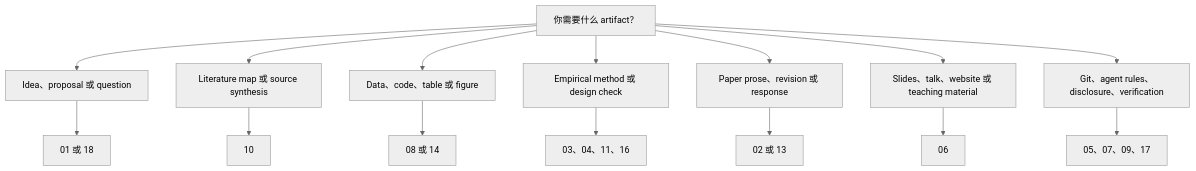
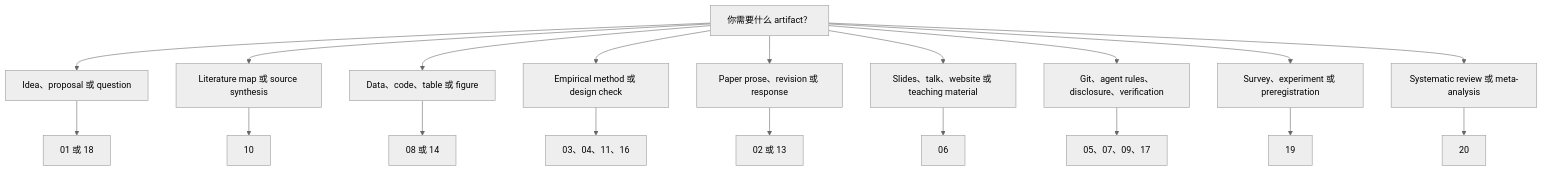
One commit to SuperJayLiu/AI-for-Economics-and-Finance-Research changed the second of 3 diagrams in ZH-中文-AI经济金融研究手册/中文内容/02-复制即用：AI研究指令与模板.md. Above: the diagram before and after it, drawn with Mermaid (neutral theme). The commit also changed other lines of this file and 20 other files, not shown here.

````diff
--- a/ZH-中文-AI经济金融研究手册/中文内容/02-复制即用：AI研究指令与模板.md
+++ b/ZH-中文-AI经济金融研究手册/中文内容/02-复制即用：AI研究指令与模板.md
@@ -141,17 +143,21 @@
 ```mermaid
 flowchart TD
   T["你需要什么 artifact？"] --> I["Idea、proposal 或 question"]
   T --> L["Literature map 或 source synthesis"]
   T --> D["Data、code、table 或 figure"]
   T --> M["Empirical method 或 design check"]
   T --> W["Paper prose、revision 或 response"]
   T --> S["Slides、talk、website 或 teaching material"]
   T --> G["Git、agent rules、disclosure、verification"]
+  T --> X["Survey、experiment 或 preregistration"]
+  T --> R["Systematic review 或 meta-analysis"]
   I --> F1["01 或 18"]
   L --> F2["10"]
   D --> F3["08 或 14"]
   M --> F4["03、04、11、16"]
   W --> F5["02 或 13"]
   S --> F6["06"]
   G --> F7["05、07、09、17"]
+  X --> F8["19"]
+  R --> F9["20"]
 ```
````
